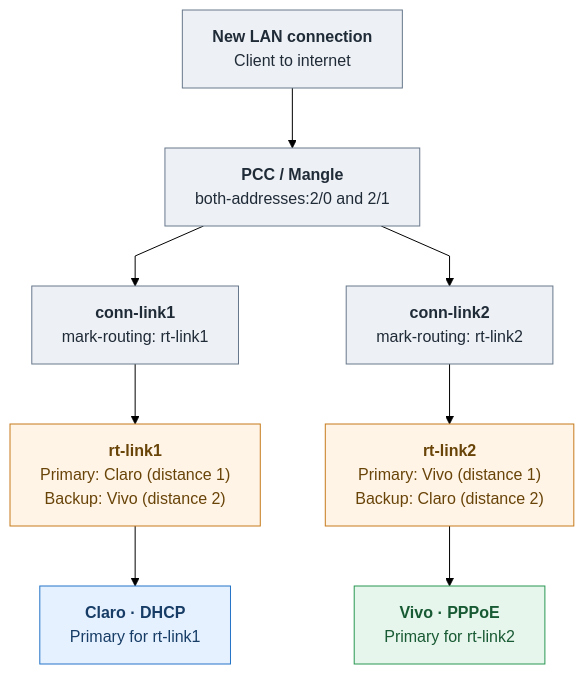
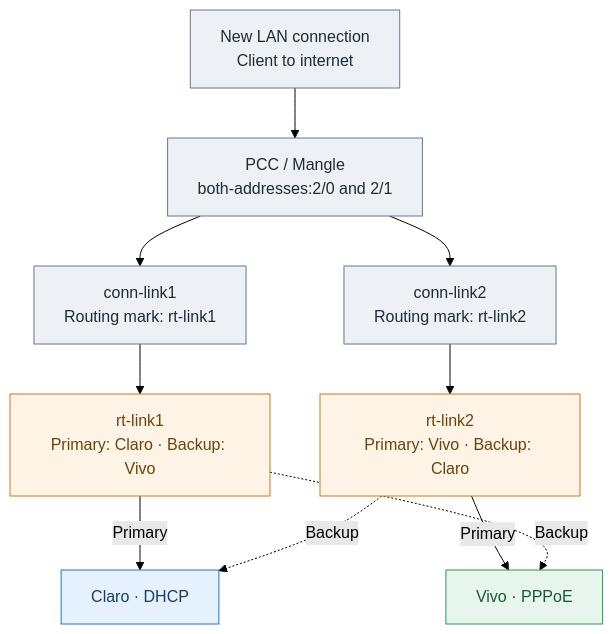
One commit to london36/mikrotik-dualwan-pcc-failover-monitoring changed the diagram in docs/mermaid-pcc-failover-preview.md. Above: the diagram before and after it, drawn with Mermaid (forest theme). The commit also changed other lines of this file, not shown here.

Commit message:
docs: restore PCC cross-backup arrows and simplify Mermaid labels

````diff
--- a/docs/mermaid-pcc-failover-preview.md
+++ b/docs/mermaid-pcc-failover-preview.md
@@ -5,32 +5,30 @@
 ```mermaid
-%%{init: {"flowchart": {"minNodeWidth": 230, "nodeSpacing": 65, "rankSpacing": 60, "curve": "linear"}}}%%
 flowchart TB
-    LAN["<b>New LAN connection</b><br/>Client to internet"]
-    PCC["<b>PCC / Mangle</b><br/>both-addresses:2/0 and 2/1"]
-
-    A["<b>conn-link1</b><br/>mark-routing: rt-link1"]
-    B["<b>conn-link2</b><br/>mark-routing: rt-link2"]
-
-    R1["<b>rt-link1</b><br/>Primary: Claro (distance 1)<br/>Backup: Vivo (distance 2)"]
-    R2["<b>rt-link2</b><br/>Primary: Vivo (distance 1)<br/>Backup: Claro (distance 2)"]
-
-    C["<b>Claro · DHCP</b><br/>Primary for rt-link1"]
-    V["<b>Vivo · PPPoE</b><br/>Primary for rt-link2"]
+    LAN["New LAN connection<br/>Client to internet"]
+    PCC["PCC / Mangle<br/>both-addresses:2/0 and 2/1"]
+    A["conn-link1<br/>Routing mark: rt-link1"]
+    B["conn-link2<br/>Routing mark: rt-link2"]
+    R1["rt-link1<br/>Primary: Claro · Backup: Vivo"]
+    R2["rt-link2<br/>Primary: Vivo · Backup: Claro"]
+    C["Claro · DHCP"]
+    V["Vivo · PPPoE"]
 
     LAN --> PCC
     PCC --> A
     PCC --> B
     A --> R1
     B --> R2
-    R1 --> C
-    R2 --> V
+    R1 -->|Primary| C
+    R2 -->|Primary| V
+    R1 -.->|Backup| V
+    R2 -.->|Backup| C
 
     classDef neutral fill:#edf0f4,stroke:#68788c,color:#202b38
     classDef claro fill:#e6f1ff,stroke:#2474c7,color:#173d66
     classDef vivo fill:#e7f6ec,stroke:#299653,color:#185a33
     classDef routing fill:#fff4e6,stroke:#c67a1b,color:#694409
     class LAN,PCC,A,B neutral
     class R1,R2 routing
     class C claro
     class V vivo
 ```
````
